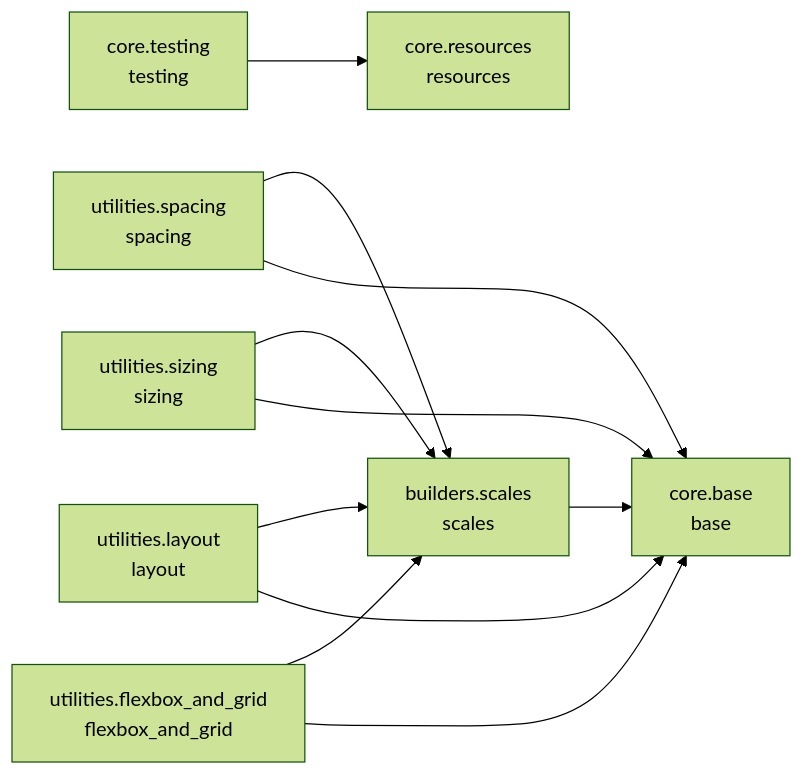
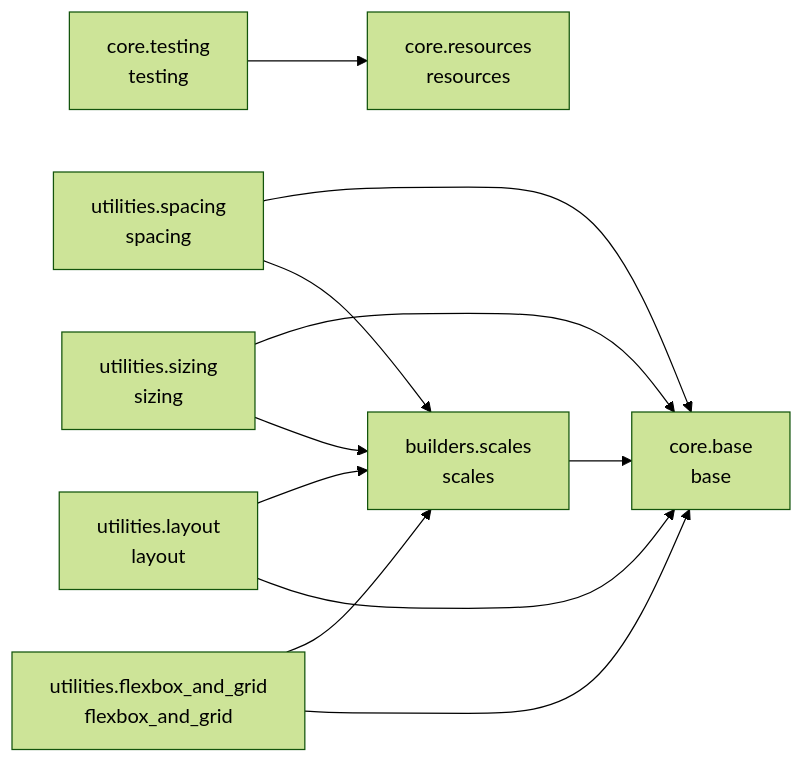
Before and after one commit to cj-mills/cjm-fasthtml-tailwind: the diagram in README.md, drawn with Mermaid (forest theme). The commit also changed other lines of this file and 5 other files, not shown here.

````diff
--- a/README.md
+++ b/README.md
@@ -31,22 +31,22 @@
 ``` mermaid
 graph LR
     builders_scales[builders.scales<br/>scales]
     core_base[core.base<br/>base]
     core_resources[core.resources<br/>resources]
     core_testing[core.testing<br/>testing]
     utilities_flexbox_and_grid[utilities.flexbox_and_grid<br/>flexbox_and_grid]
     utilities_layout[utilities.layout<br/>layout]
     utilities_sizing[utilities.sizing<br/>sizing]
     utilities_spacing[utilities.spacing<br/>spacing]
 
     builders_scales --> core_base
     core_testing --> core_resources
     utilities_flexbox_and_grid --> core_base
     utilities_flexbox_and_grid --> builders_scales
     utilities_layout --> core_base
     utilities_layout --> builders_scales
+    utilities_sizing --> builders_scales
     utilities_sizing --> core_base
-    utilities_sizing --> builders_scales
+    utilities_spacing --> builders_scales
     utilities_spacing --> core_base
-    utilities_spacing --> builders_scales
 ```
````
